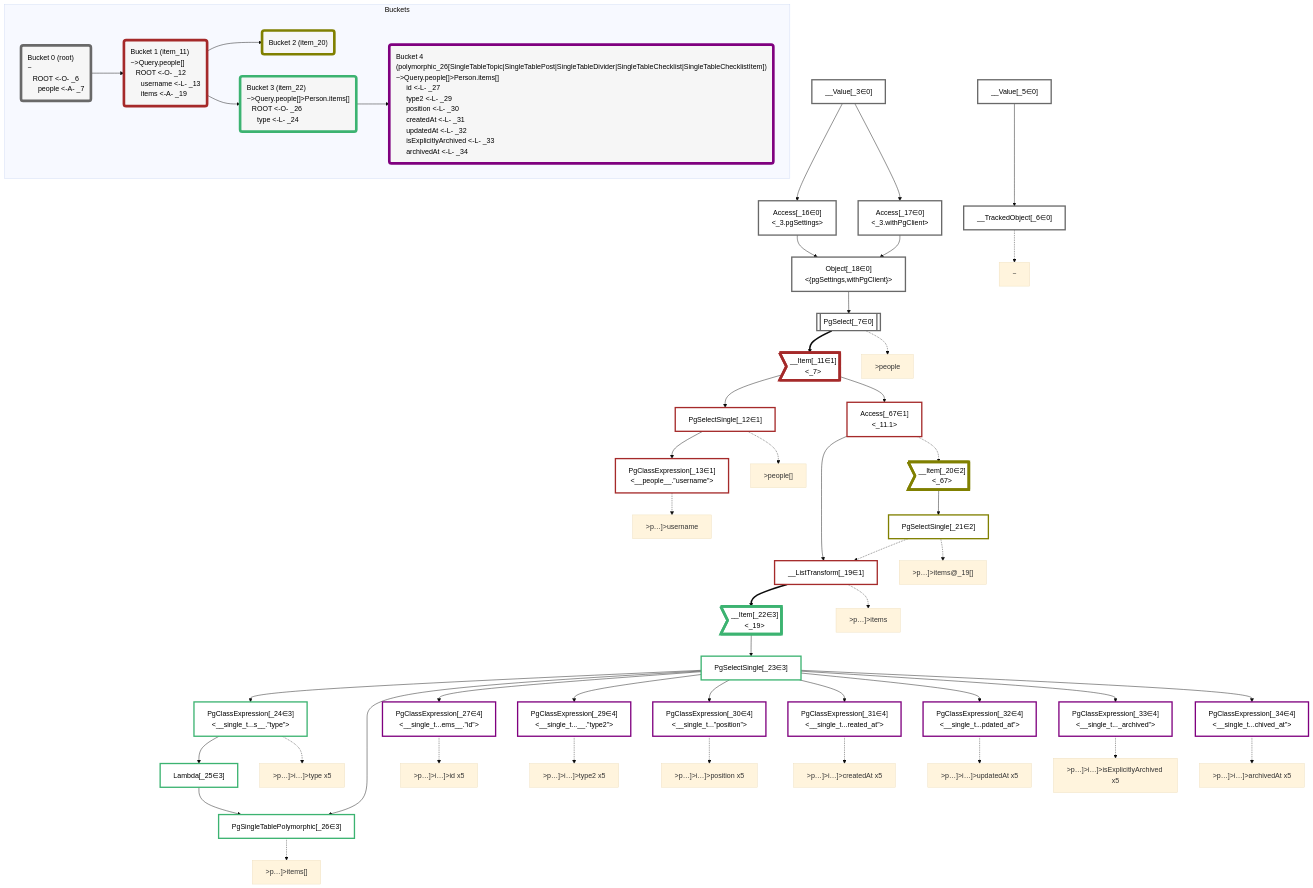
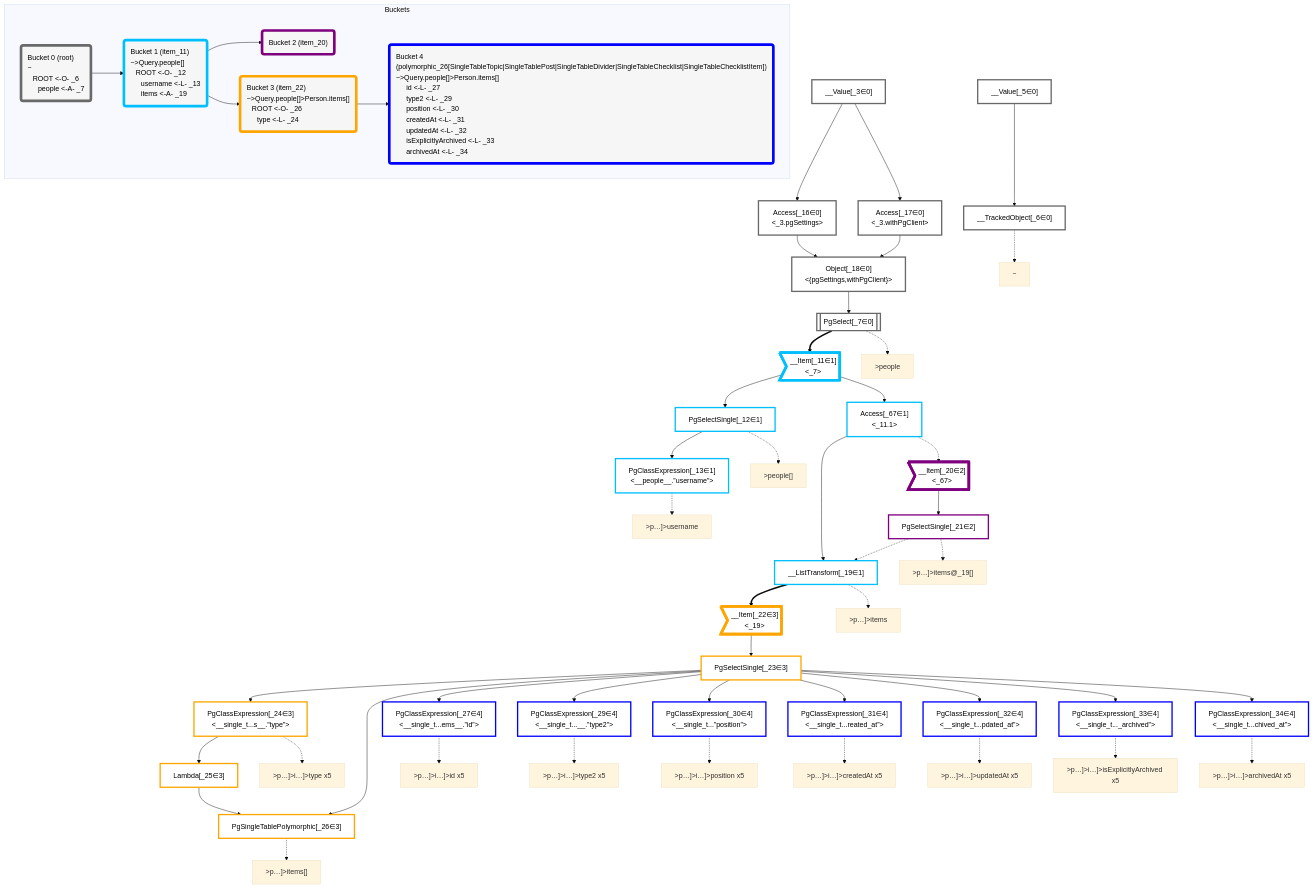
Before and after one commit to graphile/crystal: the diagram in packages/dataplan-pg/__tests__/queries/interfaces-single-table/basics.mermaid.md, drawn with Mermaid (base theme). The commit also changed 157 other files, not shown here.

````diff
--- a/packages/dataplan-pg/__tests__/queries/interfaces-single-table/basics.mermaid.md
+++ b/packages/dataplan-pg/__tests__/queries/interfaces-single-table/basics.mermaid.md
@@ -99,29 +99,29 @@
     %% allocate buckets
     classDef bucket0 stroke:#696969
     class __Value_3,__Value_5,__TrackedObject_6,PgSelect_7,Access_16,Access_17,Object_18 bucket0
-    classDef bucket1 stroke:#a52a2a
+    classDef bucket1 stroke:#00bfff
     class __Item_11,PgSelectSingle_12,PgClassExpression_13,__ListTransform_19,Access_67 bucket1
-    classDef bucket2 stroke:#808000
+    classDef bucket2 stroke:#7f007f
     class __Item_20,PgSelectSingle_21 bucket2
-    classDef bucket3 stroke:#3cb371
+    classDef bucket3 stroke:#ffa500
     class __Item_22,PgSelectSingle_23,PgClassExpression_24,Lambda_25,PgSingleTablePolymorphic_26 bucket3
-    classDef bucket4 stroke:#7f007f
+    classDef bucket4 stroke:#0000ff
     class PgClassExpression_27,PgClassExpression_29,PgClassExpression_30,PgClassExpression_31,PgClassExpression_32,PgClassExpression_33,PgClassExpression_34 bucket4
 
     subgraph Buckets
     Bucket0("Bucket 0 (root)<br />~<br />⠀ROOT <-O- _6<br />⠀⠀people <-A- _7"):::bucket
     style Bucket0 stroke:#696969
     Bucket1("Bucket 1 (item_11)<br />~>Query.people[]<br />⠀ROOT <-O- _12<br />⠀⠀username <-L- _13<br />⠀⠀items <-A- _19"):::bucket
-    style Bucket1 stroke:#a52a2a
+    style Bucket1 stroke:#00bfff
     Bucket0 --> Bucket1
     Bucket2("Bucket 2 (item_20)"):::bucket
-    style Bucket2 stroke:#808000
+    style Bucket2 stroke:#7f007f
     Bucket1 --> Bucket2
     Bucket3("Bucket 3 (item_22)<br />~>Query.people[]>Person.items[]<br />⠀ROOT <-O- _26<br />⠀⠀type <-L- _24"):::bucket
-    style Bucket3 stroke:#3cb371
+    style Bucket3 stroke:#ffa500
     Bucket1 --> Bucket3
     Bucket4("Bucket 4 (polymorphic_26[SingleTableTopic|SingleTablePost|SingleTableDivider|SingleTableChecklist|SingleTableChecklistItem])<br />~>Query.people[]>Person.items[]<br />⠀⠀id <-L- _27<br />⠀⠀type2 <-L- _29<br />⠀⠀position <-L- _30<br />⠀⠀createdAt <-L- _31<br />⠀⠀updatedAt <-L- _32<br />⠀⠀isExplicitlyArchived <-L- _33<br />⠀⠀archivedAt <-L- _34"):::bucket
-    style Bucket4 stroke:#7f007f
+    style Bucket4 stroke:#0000ff
     Bucket3 --> Bucket4
     end
 ```
````
